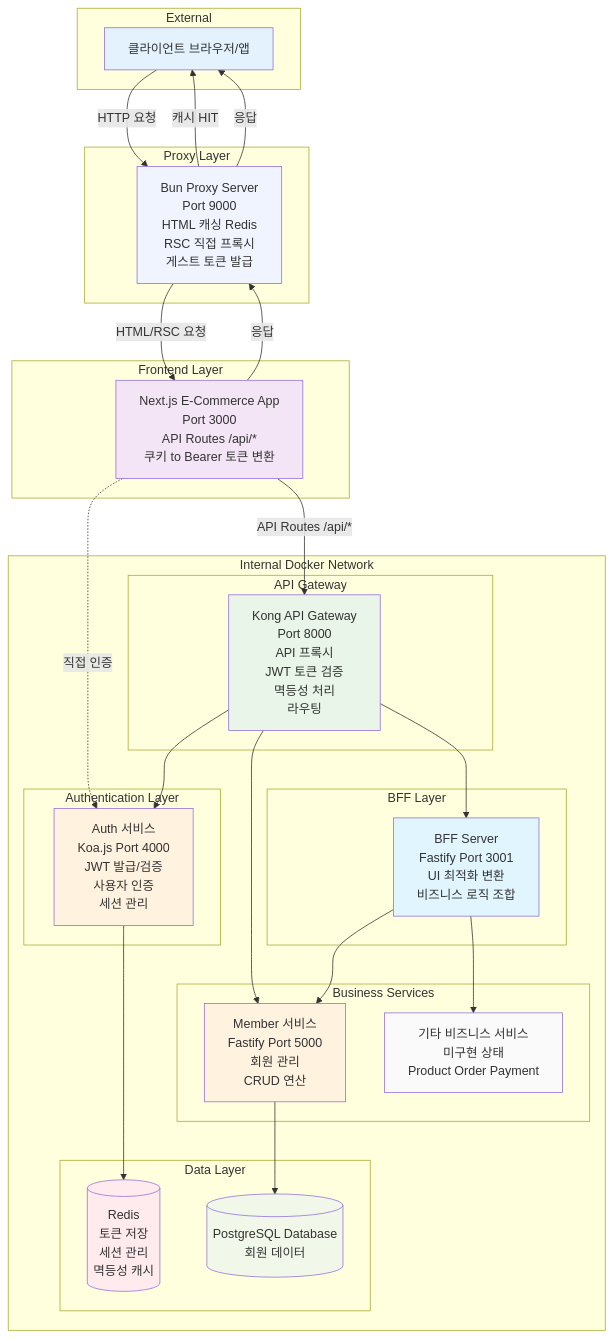
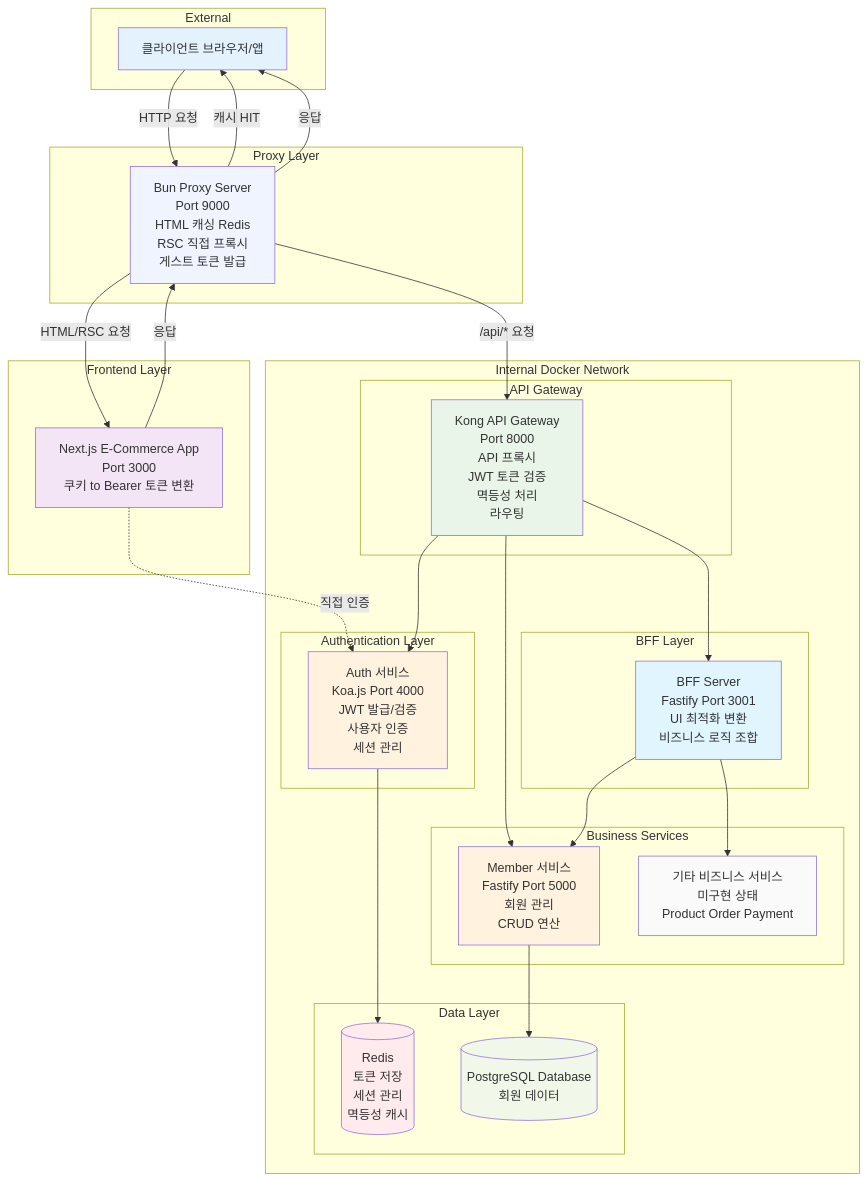
The first of 7 diagrams in README.md (kwonbongsoo/rehabilitationTreatment), drawn with Mermaid before and after one commit. The commit also changed 3 other files, not shown here.

````diff
--- a/README.md
+++ b/README.md
@@ -105,74 +105,74 @@
 ```mermaid
 graph TB
     subgraph "External"
         Client[클라이언트 브라우저/앱]
     end
 
     subgraph "Proxy Layer"
         Proxy["Bun Proxy Server<br/>Port 9000<br/>HTML 캐싱 Redis<br/>RSC 직접 프록시<br/>게스트 토큰 발급"]
     end
 
     subgraph "Frontend Layer"
-        Frontend["Next.js E-Commerce App<br/>Port 3000<br/>API Routes /api/*<br/>쿠키 to Bearer 토큰 변환"]
+        Frontend["Next.js E-Commerce App<br/>Port 3000<br/>쿠키 to Bearer 토큰 변환"]
     end
 
     subgraph "Internal Docker Network"
         subgraph "API Gateway"
             Kong["Kong API Gateway<br/>Port 8000<br/>API 프록시<br/>JWT 토큰 검증<br/>멱등성 처리<br/>라우팅"]
         end
 
         subgraph "Authentication Layer"
             Auth["Auth 서비스<br/>Koa.js Port 4000<br/>JWT 발급/검증<br/>사용자 인증<br/>세션 관리"]
         end
 
         subgraph "BFF Layer"
             BFF["BFF Server<br/>Fastify Port 3001<br/>UI 최적화 변환<br/>비즈니스 로직 조합"]
         end
 
         subgraph "Business Services"
             Member["Member 서비스<br/>Fastify Port 5000<br/>회원 관리<br/>CRUD 연산"]
             Other["기타 비즈니스 서비스<br/>미구현 상태<br/>Product Order Payment"]
         end
 
         subgraph "Data Layer"
             Redis[("Redis<br/>토큰 저장<br/>세션 관리<br/>멱등성 캐시")]
             PostgreSQL[("PostgreSQL Database<br/>회원 데이터")]
         end
     end
 
     %% External connections
     Client -->|HTTP 요청| Proxy
     Proxy -->|캐시 HIT| Client
     Proxy -->|HTML/RSC 요청| Frontend
     Frontend -->|응답| Proxy
     Proxy -->|응답| Client
 
-    %% Frontend to internal services
-    Frontend -->|API Routes /api/*| Kong
+    %% Proxy to internal services
+    Proxy -->|/api/* 요청| Kong
     Frontend -.->|직접 인증| Auth
 
     %% Kong routing
     Kong --> BFF
     Kong --> Auth
     Kong --> Member
 
     %% BFF connections - 데이터 집계만
     BFF --> Member
     BFF --> Other
 
     %% Service to data connections
     Auth --> Redis
     Member --> PostgreSQL
 
     %% Styling
     style Client fill:#e3f2fd
     style Proxy fill:#f0f4ff
     style Frontend fill:#f3e5f5
     style Kong fill:#e8f5e8
     style Auth fill:#fff3e0
     style BFF fill:#e1f5fe
     style Member fill:#fff3e0
     style Redis fill:#ffebee
     style PostgreSQL fill:#f1f8e9
     style Other fill:#fafafa
 ```
````
